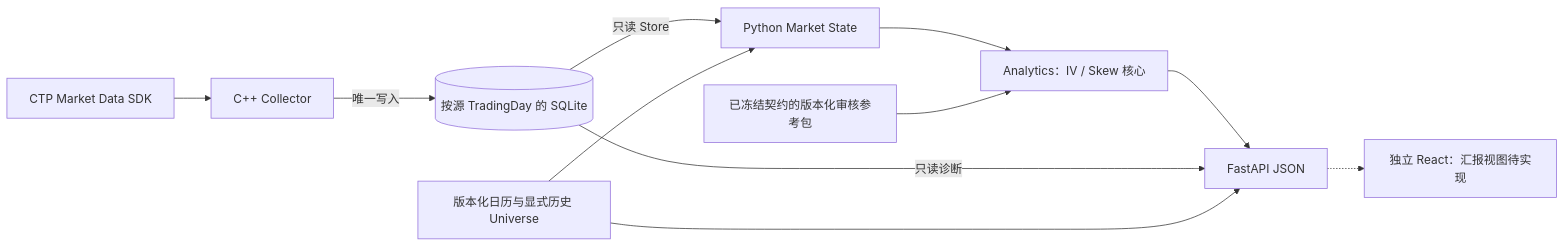
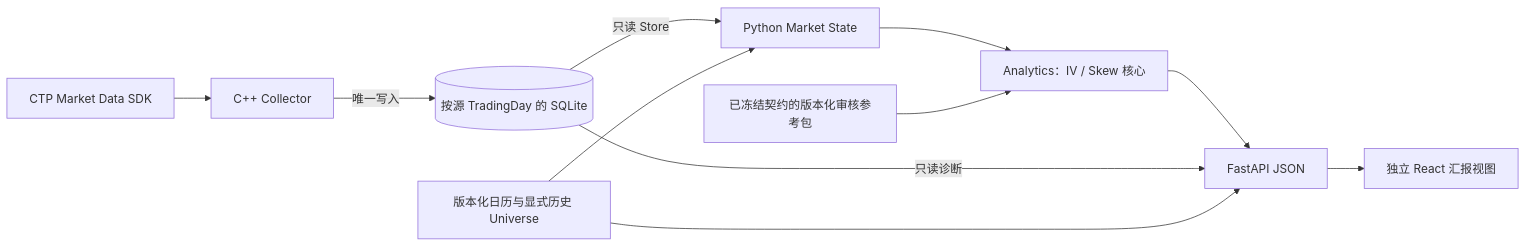
One commit to ougachakaaa/derivatives_monitor changed the diagram in docs/architecture.md. Above: the diagram before and after it, drawn with Mermaid. The commit also changed other lines of this file and 10 other files, not shown here.

````diff
--- a/docs/architecture.md
+++ b/docs/architecture.md
@@ -5,13 +5,13 @@
 ```mermaid
 flowchart LR
     CTP[CTP Market Data SDK] --> C[C++ Collector]
     C -->|唯一写入| RAW[(按源 TradingDay 的 SQLite)]
     RAW -->|只读 Store| MS[Python Market State]
     CAL[版本化日历与显式历史 Universe] --> MS
     MS --> A[Analytics：IV / Skew 核心]
     REF[已冻结契约的版本化审核参考包] --> A
     A --> API[FastAPI JSON]
     RAW -->|只读诊断| API
     CAL --> API
-    API -.-> UI[独立 React：汇报视图待实现]
+    API --> UI[独立 React 汇报视图]
 ```
````
